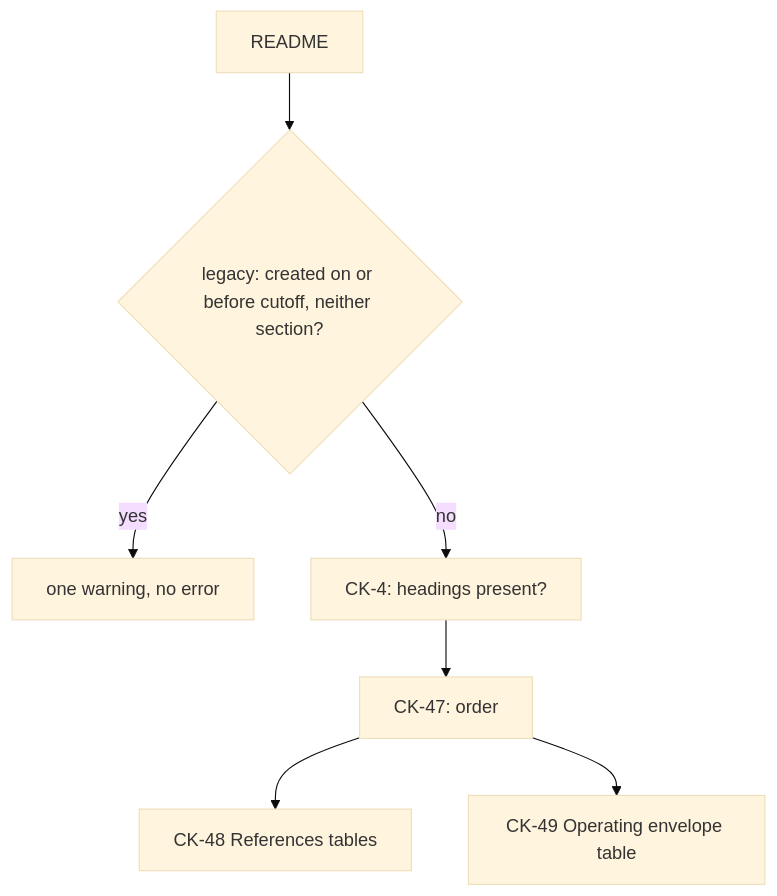
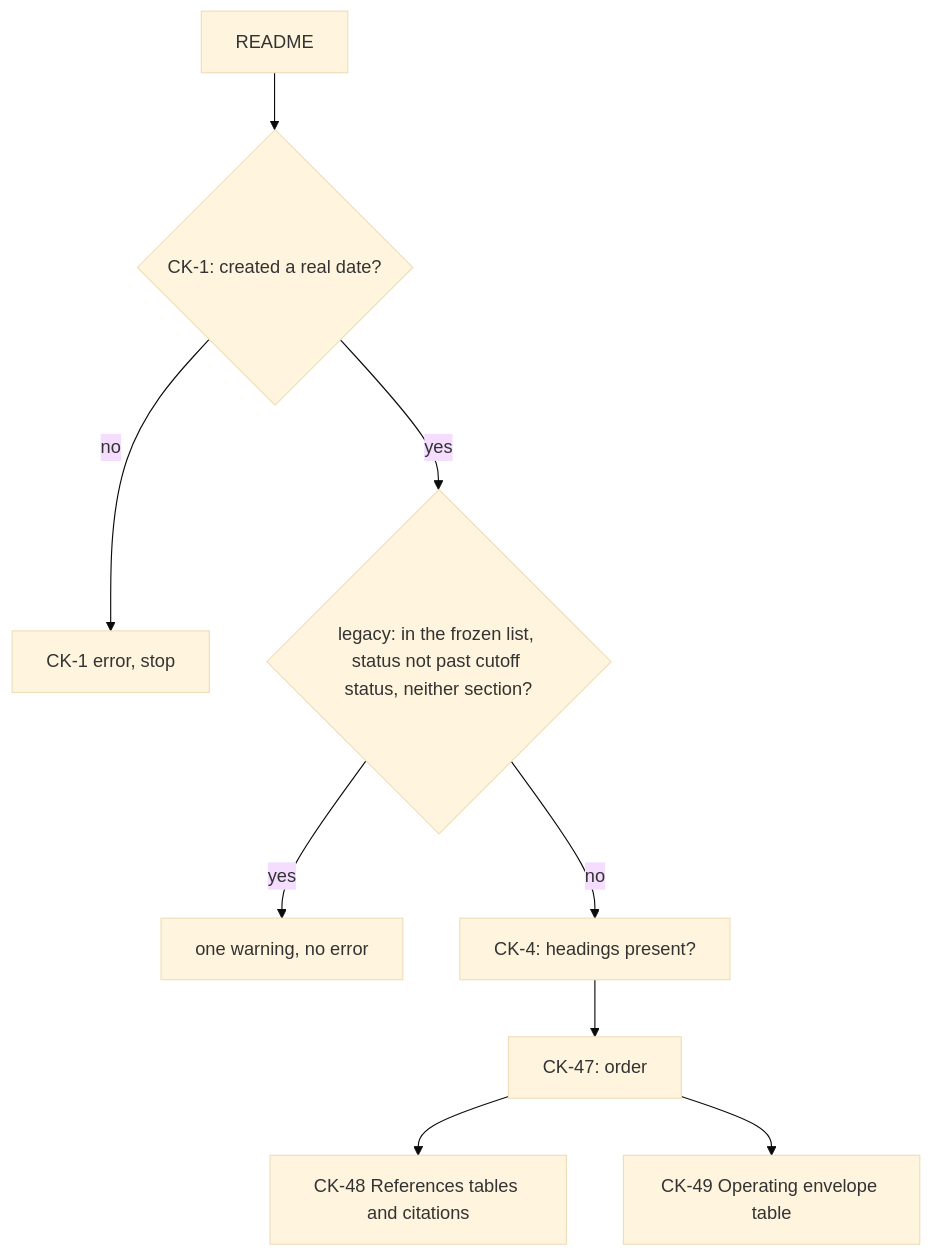
One commit to sibulus13/claudence changed the diagram in docs/work/spec-references-envelope/functional.md. Above: the diagram before and after it, drawn with Mermaid (base theme). The commit also changed other lines of this file and 3 other files, not shown here.

````diff
--- a/docs/work/spec-references-envelope/functional.md
+++ b/docs/work/spec-references-envelope/functional.md
@@ -3,9 +3,11 @@
 ```mermaid
 flowchart TD
-  R[README] --> L{legacy: created on or before cutoff, neither section?}
+  R[README] --> K{CK-1: created a real date?}
+  K -- no --> X[CK-1 error, stop]
+  K -- yes --> L{legacy: in the frozen list, status not past cutoff status, neither section?}
   L -- yes --> W[one warning, no error]
   L -- no --> H[CK-4: headings present?]
   H --> O[CK-47: order]
-  O --> T[CK-48 References tables]
+  O --> T[CK-48 References tables and citations]
   O --> E[CK-49 Operating envelope table]
 ```
````
